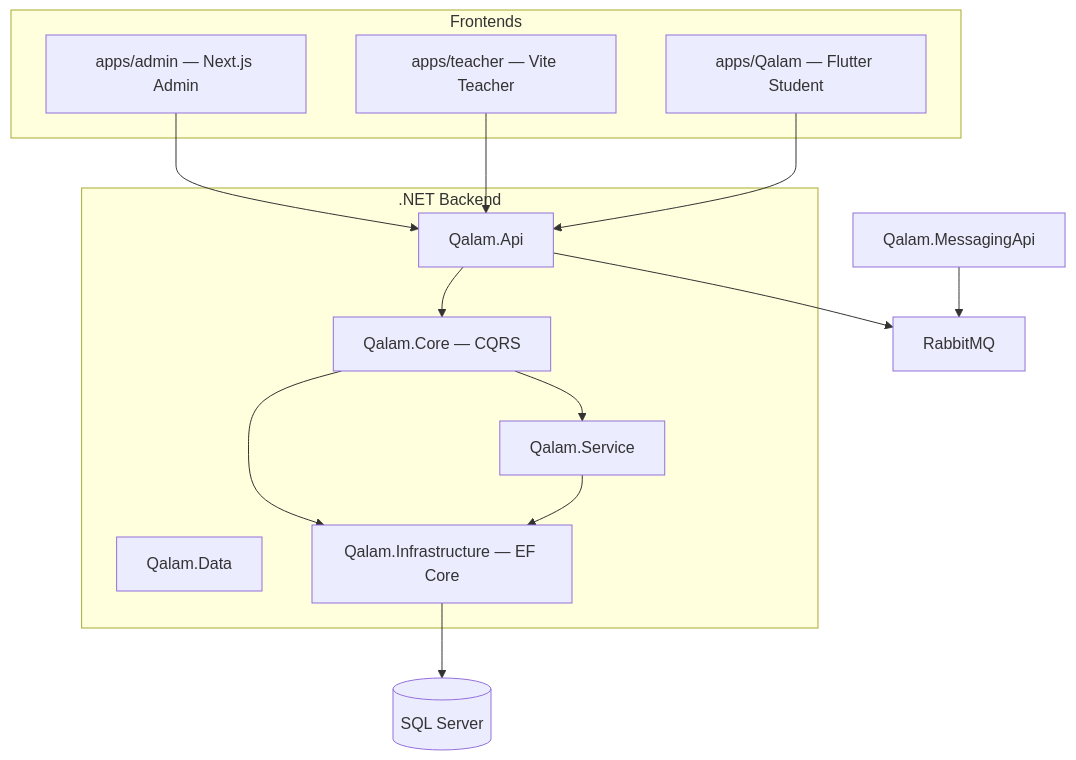
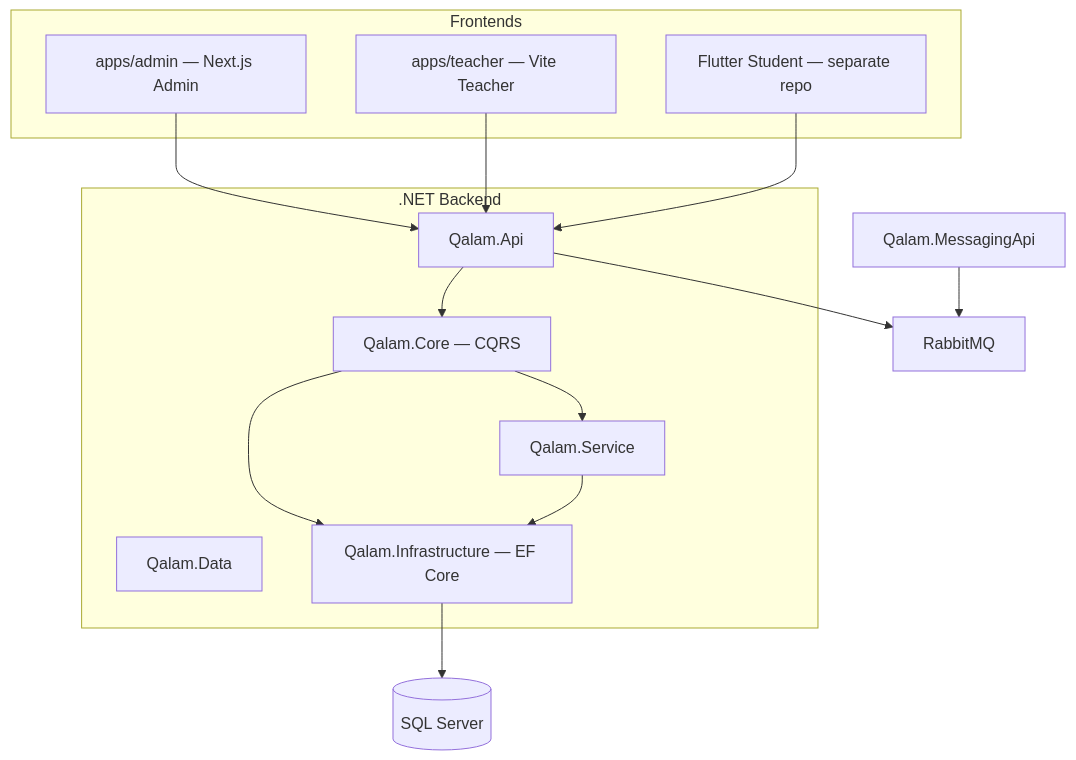
Before and after one commit to Mozaffer249/Qalam: the diagram in docs/ARCHITECTURE.md, drawn with Mermaid. The commit also changed other lines of this file and 15 other files, not shown here.

First line of the commit message:
chore: remove apps/Qalam — student Flutter lives in its own repo

````diff
--- a/docs/ARCHITECTURE.md
+++ b/docs/ARCHITECTURE.md
@@ -7,31 +7,31 @@
 ```mermaid
 flowchart TB
   subgraph frontends [Frontends]
     admin[apps/admin — Next.js Admin]
     teacher[apps/teacher — Vite Teacher]
-    student[apps/Qalam — Flutter Student]
+    student[Flutter Student — separate repo]
   end
 
   subgraph backend [.NET Backend]
     api[Qalam.Api]
     core[Qalam.Core — CQRS]
     service[Qalam.Service]
     data[Qalam.Data]
     infra[Qalam.Infrastructure — EF Core]
   end
 
   messaging[Qalam.MessagingApi]
   rabbitmq[RabbitMQ]
   sql[(SQL Server)]
 
   admin --> api
   teacher --> api
   student --> api
   api --> core
   core --> service
   core --> infra
   service --> infra
   infra --> sql
   api --> rabbitmq
   messaging --> rabbitmq
 ```
````
